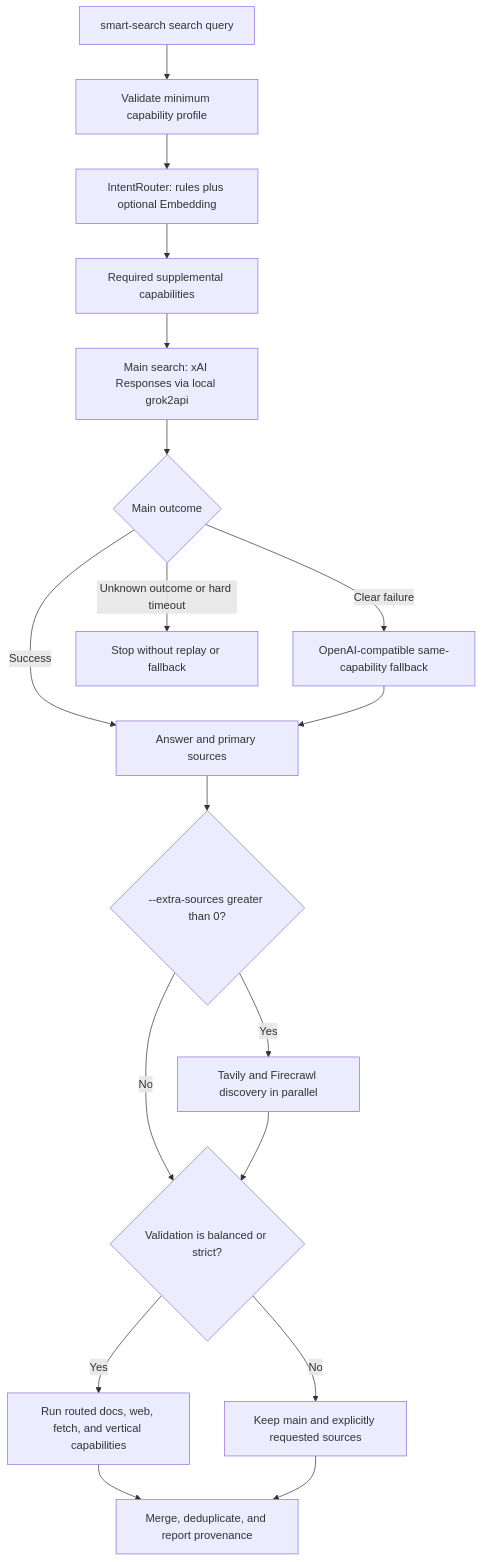
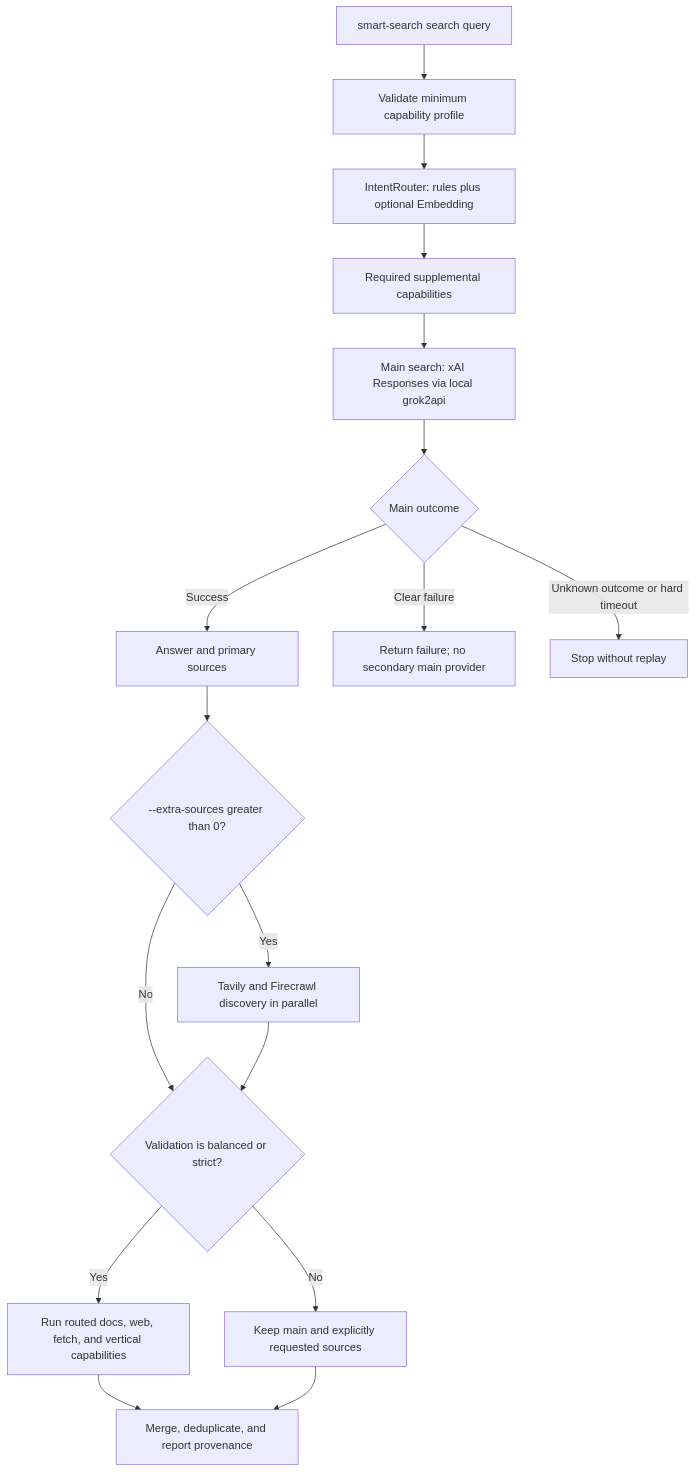
One commit to whycantfindaname/smartsearch changed the first of 2 diagrams in src/smart_search/assets/skills/smart-search-cli/references/current-search-flow.md. Above: the diagram before and after it, drawn with Mermaid. The commit also changed other lines of this file and 1 other file, not shown here.

Commit message:
docs(search): remove inactive main-provider fallback

````diff
--- a/src/smart_search/assets/skills/smart-search-cli/references/current-search-flow.md
+++ b/src/smart_search/assets/skills/smart-search-cli/references/current-search-flow.md
@@ -53,20 +53,19 @@
 ```mermaid
 flowchart TD
     A["smart-search search query"] --> B["Validate minimum capability profile"]
     B --> C["IntentRouter: rules plus optional Embedding"]
     C --> D["Required supplemental capabilities"]
     D --> E["Main search: xAI Responses via local grok2api"]
     E --> F{"Main outcome"}
     F -- Success --> G["Answer and primary sources"]
-    F -- "Clear failure" --> H["OpenAI-compatible same-capability fallback"]
-    F -- "Unknown outcome or hard timeout" --> I["Stop without replay or fallback"]
-    H --> G
+    F -- "Clear failure" --> H["Return failure; no secondary main provider"]
+    F -- "Unknown outcome or hard timeout" --> I["Stop without replay"]
     G --> J{"--extra-sources greater than 0?"}
     J -- Yes --> K["Tavily and Firecrawl discovery in parallel"]
     J -- No --> L{"Validation is balanced or strict?"}
     K --> L
     L -- Yes --> M["Run routed docs, web, fetch, and vertical capabilities"]
     L -- No --> N["Keep main and explicitly requested sources"]
     M --> O["Merge, deduplicate, and report provenance"]
     N --> O
 ```
````
